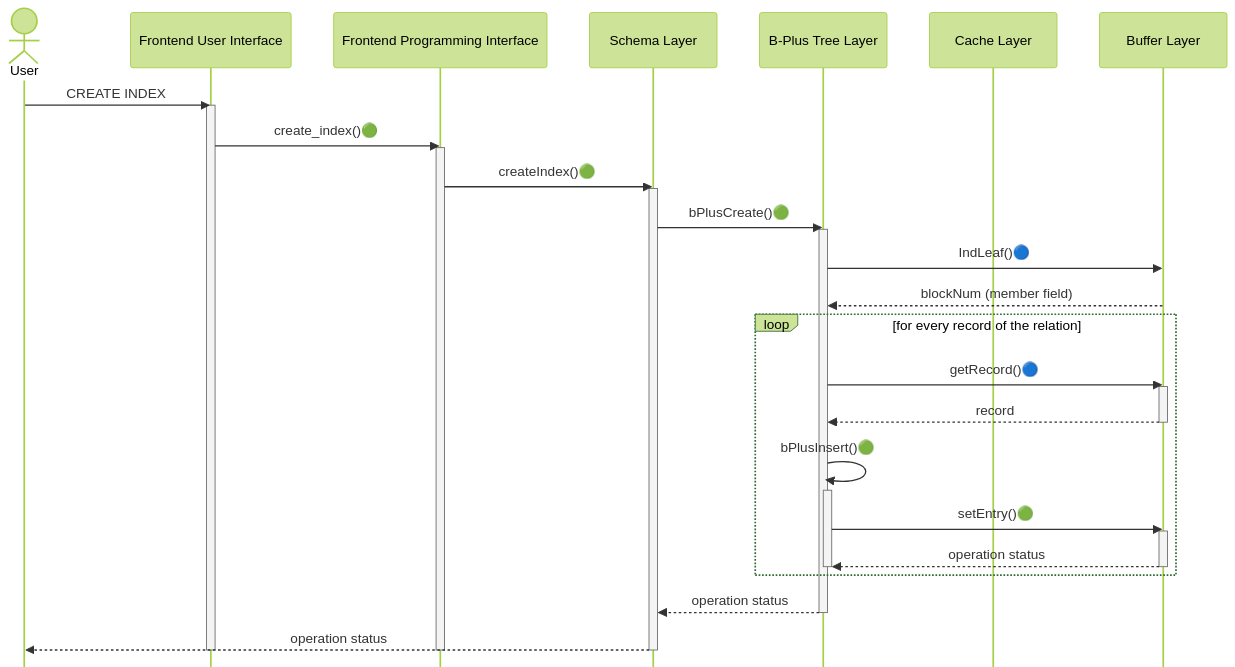
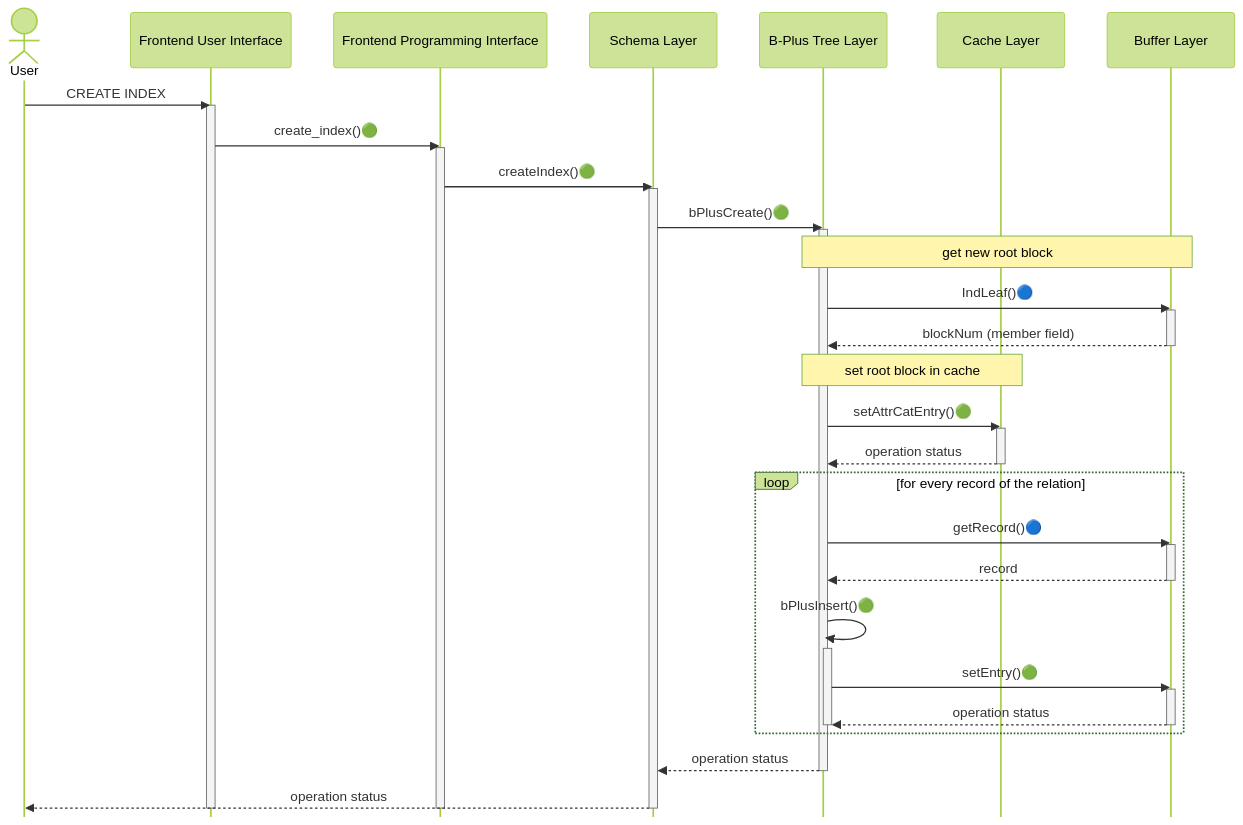
One commit to NITCbase/nitcbase.github.io changed the first of 7 diagrams in docs/Roadmap/Stage11.md. Above: the diagram before and after it, drawn with Mermaid (forest theme). The commit also changed other lines of this file, not shown here.

Commit message:
added drop index diagram to stage11

````diff
--- a/docs/Roadmap/Stage11.md
+++ b/docs/Roadmap/Stage11.md
@@ -39,40 +39,48 @@
 ```mermaid
  %%{init: { 'sequence': {'mirrorActors':false} } }%%
 sequenceDiagram
     actor User
     participant Frontend User Interface
     participant Frontend Programming Interface
     participant Schema Layer
     participant B-Plus Tree Layer
     participant Cache Layer
     participant Buffer Layer
     User->>Frontend User Interface: CREATE INDEX
     activate Frontend User Interface
     Frontend User Interface->>Frontend Programming Interface: create_index()🟢
     activate Frontend Programming Interface
     Frontend Programming Interface->>Schema Layer: createIndex()🟢
     activate Schema Layer
     Schema Layer->>B-Plus Tree Layer: bPlusCreate()🟢
     activate B-Plus Tree Layer
+    note over B-Plus Tree Layer, Buffer Layer: get new root block
     B-Plus Tree Layer->>Buffer Layer: IndLeaf()🔵
+    activate Buffer Layer
     Buffer Layer-->>B-Plus Tree Layer: blockNum (member field)
+    deactivate Buffer Layer
+    note over B-Plus Tree Layer, Cache Layer: set root block in cache
+    B-Plus Tree Layer->>Cache Layer: setAttrCatEntry()🟢
+    activate Cache Layer
+    Cache Layer-->>B-Plus Tree Layer: operation status
+    deactivate Cache Layer
     loop for every record of the relation
       B-Plus Tree Layer->>Buffer Layer: getRecord()🔵
       activate Buffer Layer
       Buffer Layer-->>B-Plus Tree Layer: record
       deactivate Buffer Layer
       B-Plus Tree Layer->>B-Plus Tree Layer: bPlusInsert()🟢
       activate B-Plus Tree Layer
       B-Plus Tree Layer->>Buffer Layer: setEntry()🟢
       activate Buffer Layer
       Buffer Layer-->>B-Plus Tree Layer:operation status
       deactivate Buffer Layer
       deactivate B-Plus Tree Layer
     end
     B-Plus Tree Layer-->>Schema Layer: operation status
     deactivate B-Plus Tree Layer
     Schema Layer-->>User: operation status
     deactivate Schema Layer
     deactivate Frontend Programming Interface
     deactivate Frontend User Interface
 ```
````
